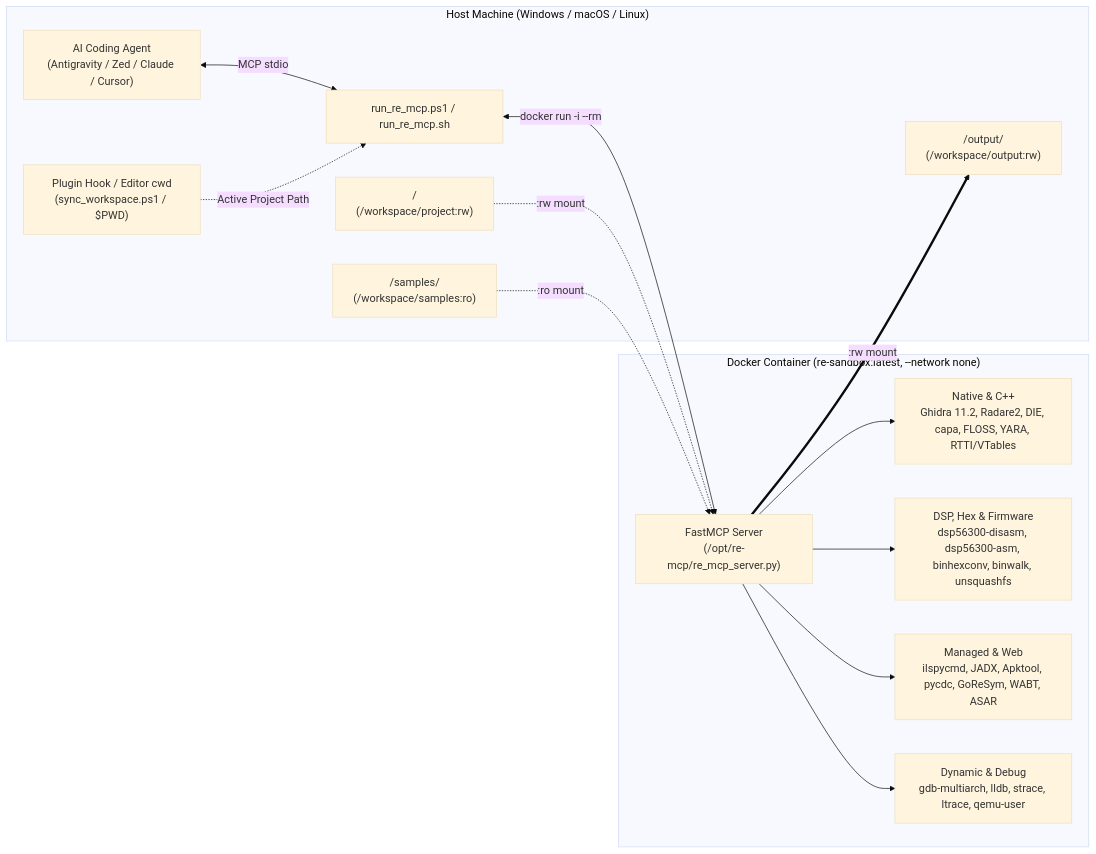
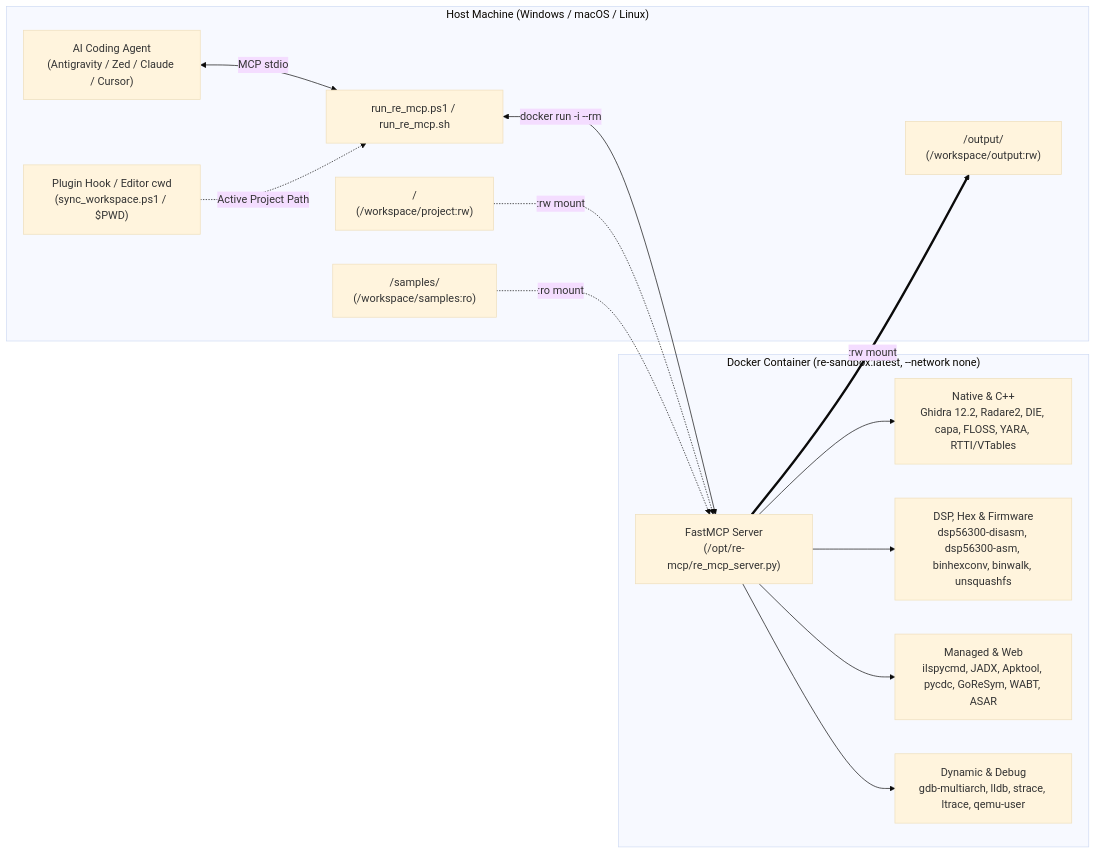
The diagram in README.md (mat-ocl/redo), drawn with Mermaid (base theme) before and after one commit. The commit also changed other lines of this file and 5 other files, not shown here.

First line of the commit message:
build(deps): upgrade Ghidra 12.2, capa 10.0.0, JADX 1.5.6, Apktool 3.0.3, GoReSym 3.4.1, ilspycmd 11.2, OpenJDK 25, .NET 10, Node 24, and GitHub Actions

````diff
--- a/README.md
+++ b/README.md
@@ -23,30 +23,30 @@
 ```mermaid
 flowchart LR
     subgraph Host["Host Machine (Windows / macOS / Linux)"]
         Agent["AI Coding Agent\n(Antigravity / Zed / Claude / Cursor)"]
         Hook["Plugin Hook / Editor cwd\n(sync_workspace.ps1 / $PWD)"]
         Launcher["run_re_mcp.ps1 / run_re_mcp.sh"]
         Project["<ActiveProject>/\n(/workspace/project:rw)"]
         Samples["<ActiveProject>/samples/\n(/workspace/samples:ro)"]
         Output["<ActiveProject>/output/\n(/workspace/output:rw)"]
     end
 
     subgraph Container["Docker Container (re-sandbox:latest, --network none)"]
         MCP["FastMCP Server\n(/opt/re-mcp/re_mcp_server.py)"]
-        Native["Native & C++\nGhidra 11.2, Radare2, DIE, capa, FLOSS, YARA, RTTI/VTables"]
+        Native["Native & C++\nGhidra 12.2, Radare2, DIE, capa, FLOSS, YARA, RTTI/VTables"]
         DSP["DSP, Hex & Firmware\ndsp56300-disasm, dsp56300-asm, binhexconv, binwalk, unsquashfs"]
         Managed["Managed & Web\nilspycmd, JADX, Apktool, pycdc, GoReSym, WABT, ASAR"]
         Dynamic["Dynamic & Debug\ngdb-multiarch, lldb, strace, ltrace, qemu-user"]
     end
 
     Agent <-->|"MCP stdio"| Launcher
     Hook -.->|"Active Project Path"| Launcher
     Launcher <-->|"docker run -i --rm"| MCP
     Project -.->|":rw mount"| MCP
     Samples -.->|":ro mount"| MCP
     MCP ==>|":rw mount"| Output
     MCP --> Native
     MCP --> DSP
     MCP --> Managed
     MCP --> Dynamic
 ```
````
